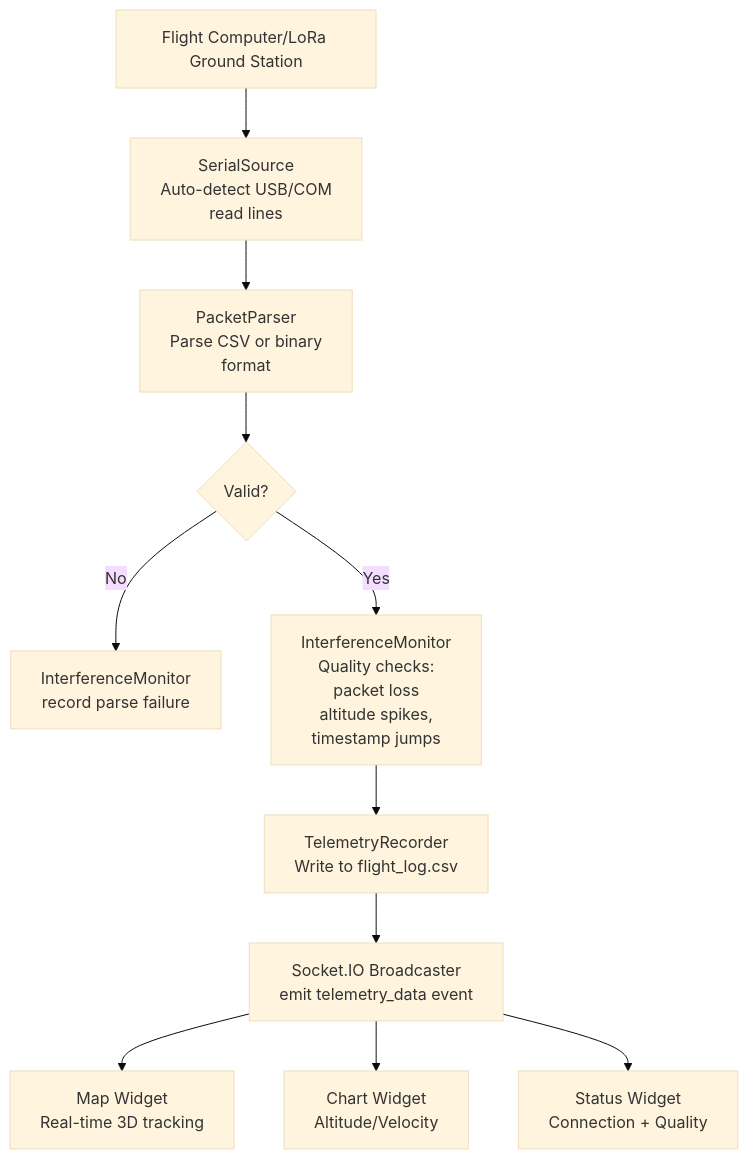
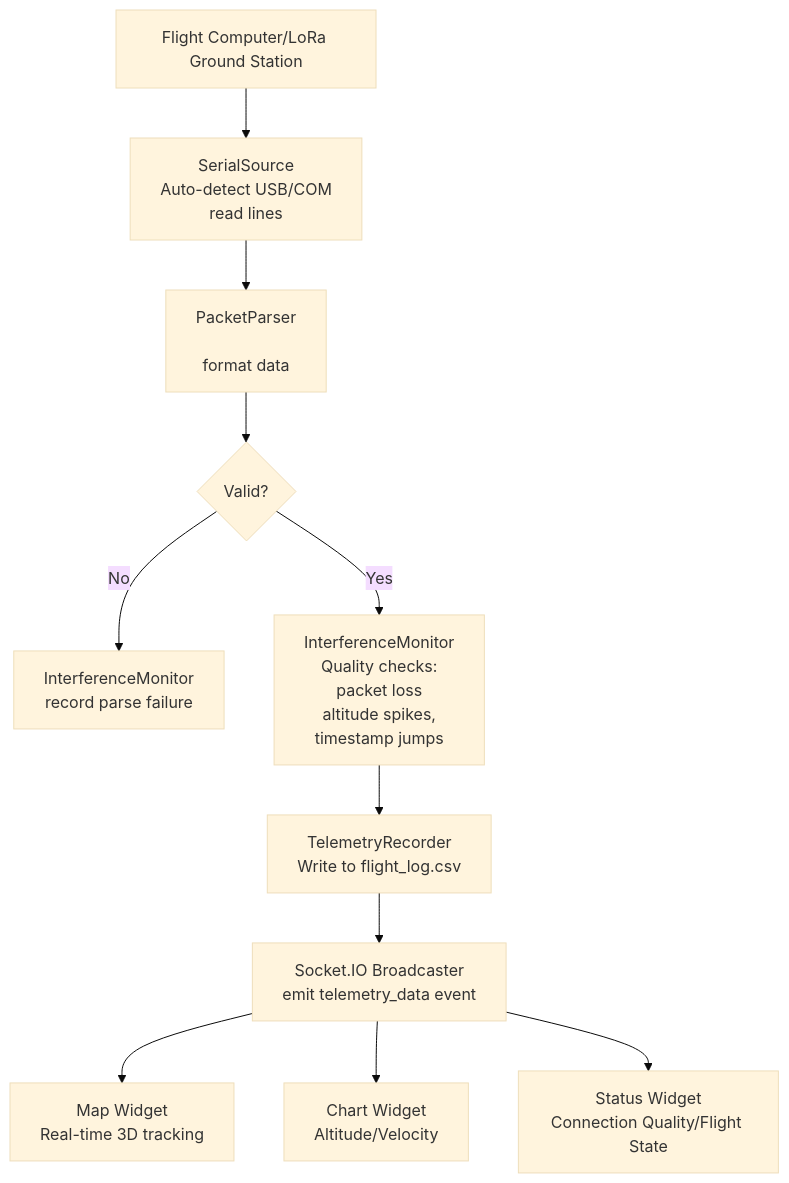
The diagram in README.md (lehangajanayake/ARD), drawn with Mermaid (base theme) before and after one commit.

Commit message:
few more fixed to datapipline grpah

````diff
--- a/README.md
+++ b/README.md
@@ -90,13 +90,13 @@
 ```mermaid
 flowchart TD
   A[Flight Computer/LoRa Ground Station] --> B[SerialSource<br/>Auto-detect USB/COM<br/>read lines]
-  B --> C[PacketParser<br/>Parse CSV or binary<br/>format]
+  B --> C[PacketParser<br/><br/>format data]
   C --> D{Valid?}
   D -->|No| E[InterferenceMonitor<br/>record parse failure]
   D -->|Yes| F[InterferenceMonitor<br/>Quality checks:<br/>packet loss<br/>altitude spikes,<br/>timestamp jumps]
   F --> G[TelemetryRecorder<br/>Write to flight_log.csv]
   G --> H[Socket.IO Broadcaster<br/>emit telemetry_data event]
   H --> K1[Map Widget<br/>Real-time 3D tracking]
   H --> K2[Chart Widget<br/>Altitude/Velocity]
-  H --> K3[Status Widget<br/>Connection + Quality]
+  H --> K3[Status Widget<br/>Connection Quality/Flight State ]
 ```
````
